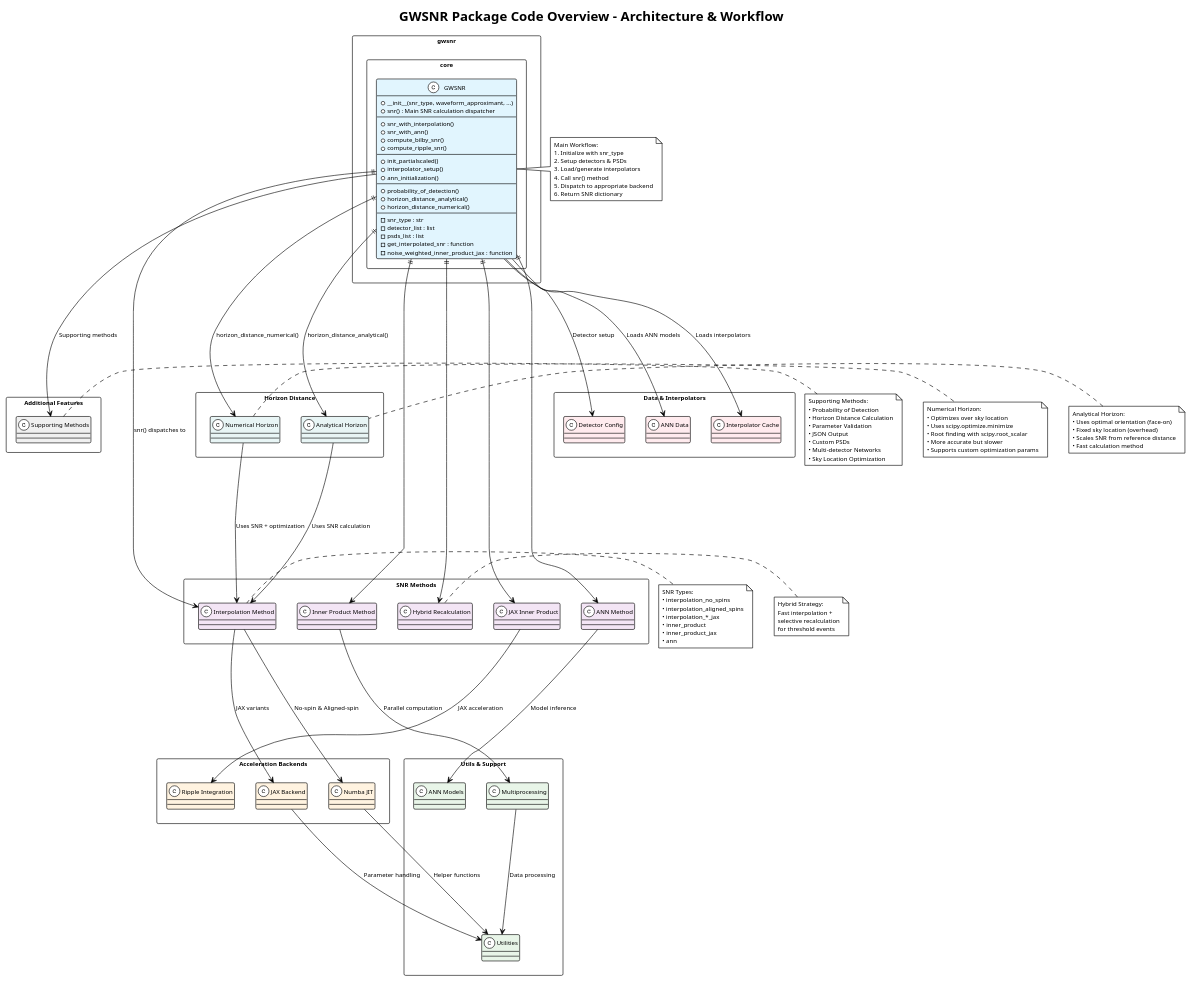
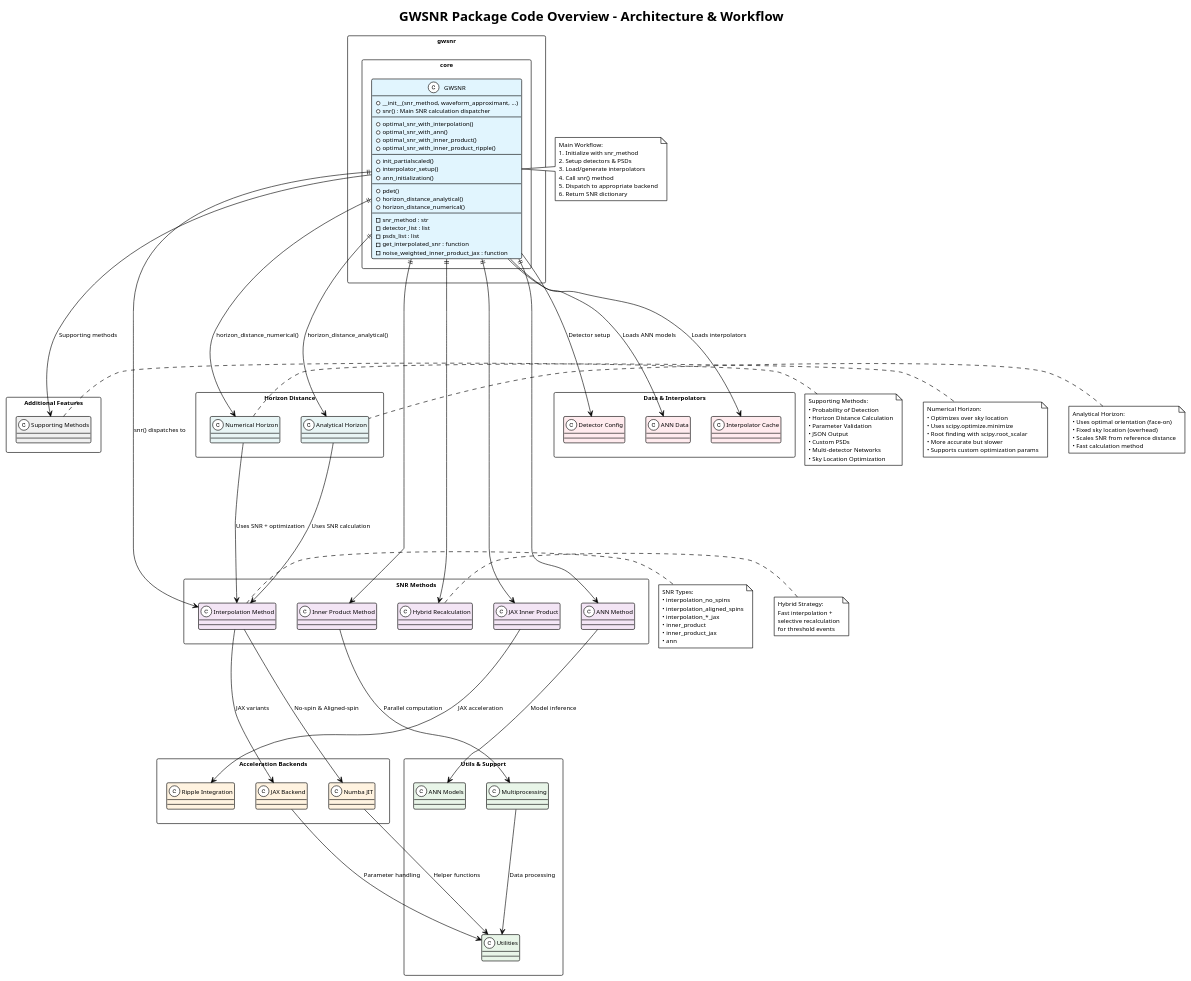
Before and after one commit to hemantaph/gwsnr: the diagram in gwsnr_code_overview.puml, drawn with PlantUML. The commit also changed 307 other files, not shown here.

```diff
--- a/gwsnr_code_overview.puml
+++ b/gwsnr_code_overview.puml
@@ -1,179 +1,179 @@
 @startuml
 !theme plain
 skinparam backgroundColor white
 skinparam defaultFontSize 10
 skinparam defaultFontName Arial
 skinparam packageStyle rectangle
 skinparam direction top to bottom
 
 title GWSNR Package Code Overview - Architecture & Workflow
 
 ' Main GWSNR Class
 package "gwsnr.core" {
     class GWSNR #E1F5FE {
-        + __init__(snr_type, waveform_approximant, ...)
+        + __init__(snr_method, waveform_approximant, ...)
         + snr() : Main SNR calculation dispatcher
         --
-        + snr_with_interpolation()
-        + snr_with_ann()
-        + compute_bilby_snr()
-        + compute_ripple_snr()
+        + optimal_snr_with_interpolation()
+        + optimal_snr_with_ann()
+        + optimal_snr_with_inner_product()
+        + optimal_snr_with_inner_product_ripple()
         --
         + init_partialscaled()
         + interpolator_setup()
         + ann_initialization()
         --
-        + probability_of_detection()
+        + pdet()
         + horizon_distance_analytical()
         + horizon_distance_numerical()
         --
-        - snr_type : str
+        - snr_method : str
         - detector_list : list
         - psds_list : list
         - get_interpolated_snr : function
         - noise_weighted_inner_product_jax : function
     }
 }
 
 ' SNR Calculation Methods
 package "SNR Methods" {
     together {
         class "Interpolation Method" as interp #F3E5F5
         class "Inner Product Method" as inner #F3E5F5
     }
     together {
         class "JAX Inner Product" as jax_inner #F3E5F5
         class "ANN Method" as ann #F3E5F5
     }
     class "Hybrid Recalculation" as hybrid #F3E5F5
 }
 
 ' Horizon Distance Calculations
 package "Horizon Distance" {
     together {
         class "Analytical Horizon" as horizon_analytical #E8F5F5
         class "Numerical Horizon" as horizon_numerical #E8F5F5
     }
 }
 
 ' Backend Acceleration
 package "Acceleration Backends" {
     together {
         class "Numba JIT" as numba #FFF3E0
         class "JAX Backend" as jax #FFF3E0
     }
     class "Ripple Integration" as ripple #FFF3E0
 }
 
 ' Utilities and Support
 package "Utils & Support" {
     together {
         class "Utilities" as util_funcs #E8F5E8
         class "Multiprocessing" as mp #E8F5E8
     }
     class "ANN Models" as ann_models #E8F5E8
 }
 
 ' Data Storage
 package "Data & Interpolators" {
     together {
         class "Interpolator Cache" as cache #FFEBEE
         class "ANN Data" as ann_data #FFEBEE
     }
     class "Detector Config" as detector_config #FFEBEE
 }
 
 ' Additional Features
 package "Additional Features" {
     class "Supporting Methods" as features #F0F0F0
 }
 
 ' Workflow Connections - Vertical Flow
 GWSNR ||--down--> interp : "snr() dispatches to"
 GWSNR ||--down--> inner
 GWSNR ||--down--> jax_inner
 GWSNR ||--down--> ann
 GWSNR ||--down--> hybrid
 
 ' Horizon distance connections
 GWSNR ||--down--> horizon_analytical : "horizon_distance_analytical()"
 GWSNR ||--down--> horizon_numerical : "horizon_distance_numerical()"
 horizon_analytical --down--> interp : "Uses SNR calculation"
 horizon_numerical --down--> interp : "Uses SNR + optimization"
 
 ' Backend connections
 interp --down--> numba : "No-spin & Aligned-spin"
 interp --down--> jax : "JAX variants"
 inner --down--> mp : "Parallel computation"
 jax_inner --down--> ripple : "JAX acceleration"
 ann --down--> ann_models : "Model inference"
 
 ' Utility connections
 numba --down--> util_funcs : "Helper functions"
 jax --down--> util_funcs : "Parameter handling"
 mp --down--> util_funcs : "Data processing"
 
 ' Data connections
 GWSNR --down--> cache : "Loads interpolators"
 GWSNR --down--> ann_data : "Loads ANN models"
 GWSNR --down--> detector_config : "Detector setup"
 
 ' Additional features
 GWSNR --down--> features : "Supporting methods"
 
 note right of features
 Supporting Methods:
 • Probability of Detection
 • Horizon Distance Calculation
 • Parameter Validation
 • JSON Output
 • Custom PSDs
 • Multi-detector Networks
 • Sky Location Optimization
 end note
 
 note left of GWSNR
 Main Workflow:
-1. Initialize with snr_type
+1. Initialize with snr_method
 2. Setup detectors & PSDs
 3. Load/generate interpolators
 4. Call snr() method
 5. Dispatch to appropriate backend
 6. Return SNR dictionary
 end note
 
 note right of interp
 SNR Types:
 • interpolation_no_spins
 • interpolation_aligned_spins
 • interpolation_*_jax
 • inner_product
 • inner_product_jax
 • ann
 end note
 
 note left of horizon_analytical
 Analytical Horizon:
 • Uses optimal orientation (face-on)
 • Fixed sky location (overhead)
 • Scales SNR from reference distance
 • Fast calculation method
 end note
 
 note right of horizon_numerical
 Numerical Horizon:
 • Optimizes over sky location
 • Uses scipy.optimize.minimize
 • Root finding with scipy.root_scalar
 • More accurate but slower
 • Supports custom optimization params
 end note
 
 note left of hybrid
 Hybrid Strategy:
 Fast interpolation +
 selective recalculation
 for threshold events
 end note
 
 @enduml
```
